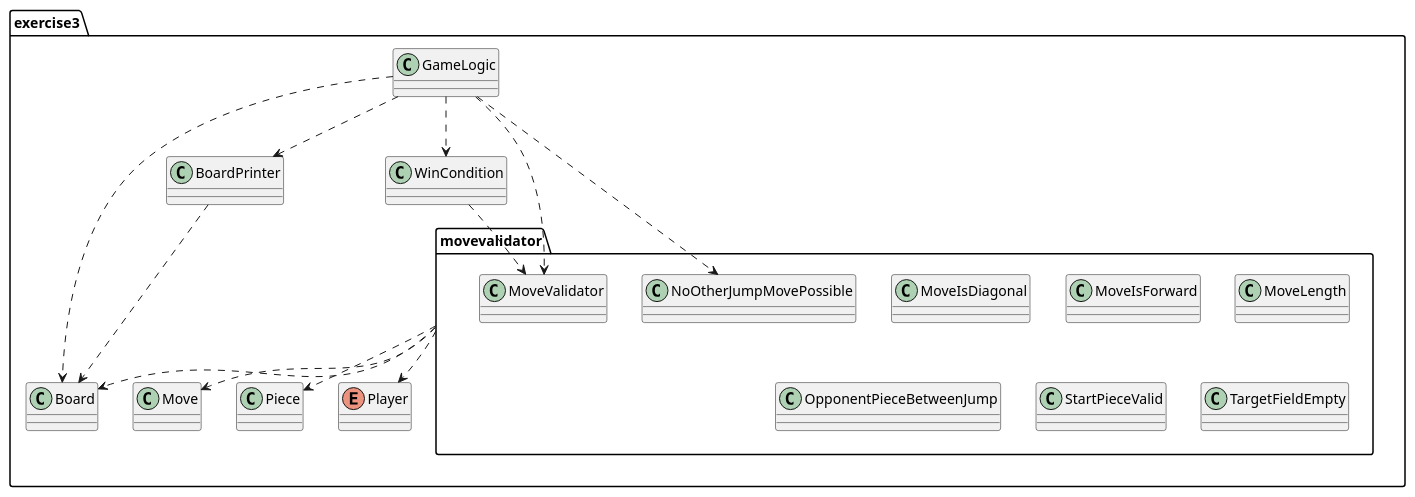
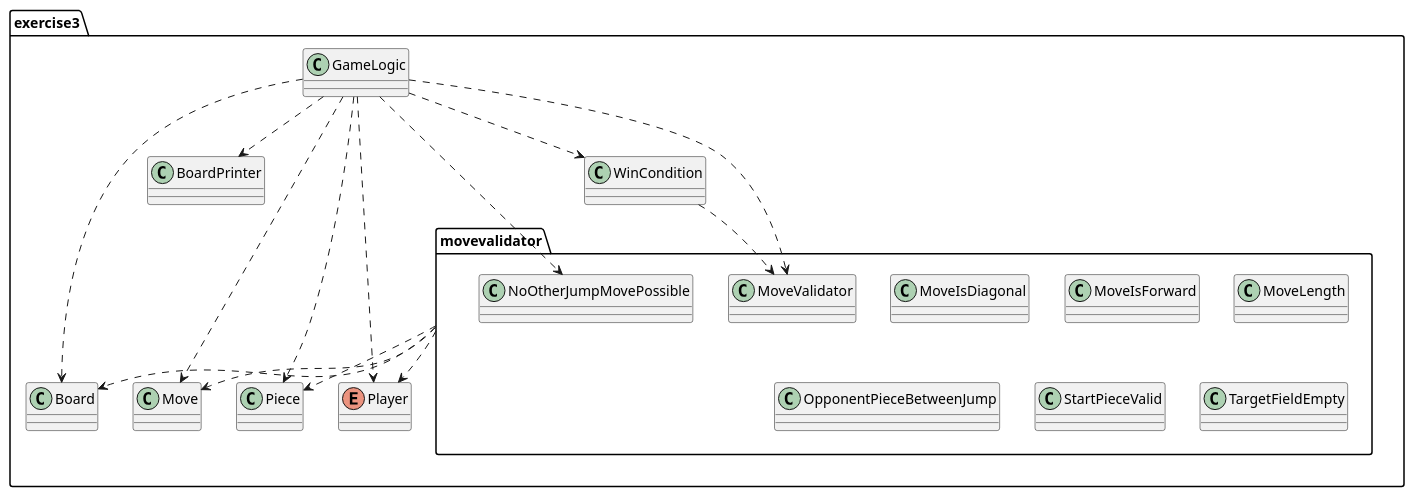
Before and after one commit to soco21/soco21: the diagram in assignment-1/exercise2/Class Diagramm Checkers.puml, drawn with PlantUML.

Commit message:
Class Diagramm Checkers.puml: add GameLogic dependencies on data classes

```diff
--- a/assignment-1/exercise2/Class Diagramm Checkers.puml
+++ b/assignment-1/exercise2/Class Diagramm Checkers.puml
@@ -1,32 +1,34 @@
 @startuml
 package exercise3{
 package movevalidator {
 class MoveIsDiagonal
 class MoveIsForward
 class MoveLength
 class MoveValidator
 class NoOtherJumpMovePossible
 class OpponentPieceBetweenJump
 class StartPieceValid
 class TargetFieldEmpty
 }
 class Board
 class BoardPrinter
 class GameLogic
 class Move
 class Piece
 enum Player
 class WinCondition
 }
 movevalidator ..> Board
 movevalidator ..> Move
 movevalidator ..> Piece
 movevalidator ..> Player
 GameLogic ..> BoardPrinter
 GameLogic ..> Board
 GameLogic ..> WinCondition
-BoardPrinter ..> Board
+GameLogic ..> Move
+GameLogic ..> Piece
+GameLogic ..> Player
 GameLogic ..> MoveValidator
 GameLogic ..> NoOtherJumpMovePossible
 WinCondition ..> MoveValidator
 @enduml
```
